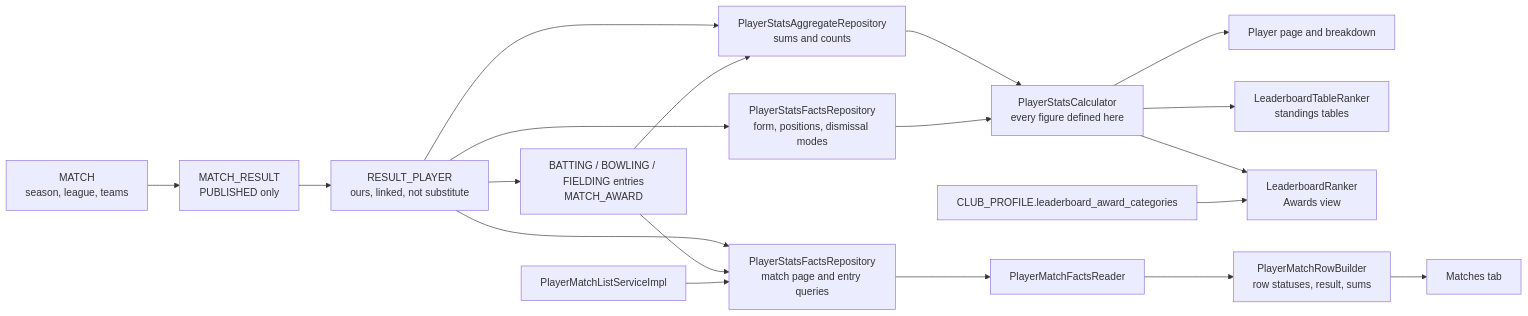
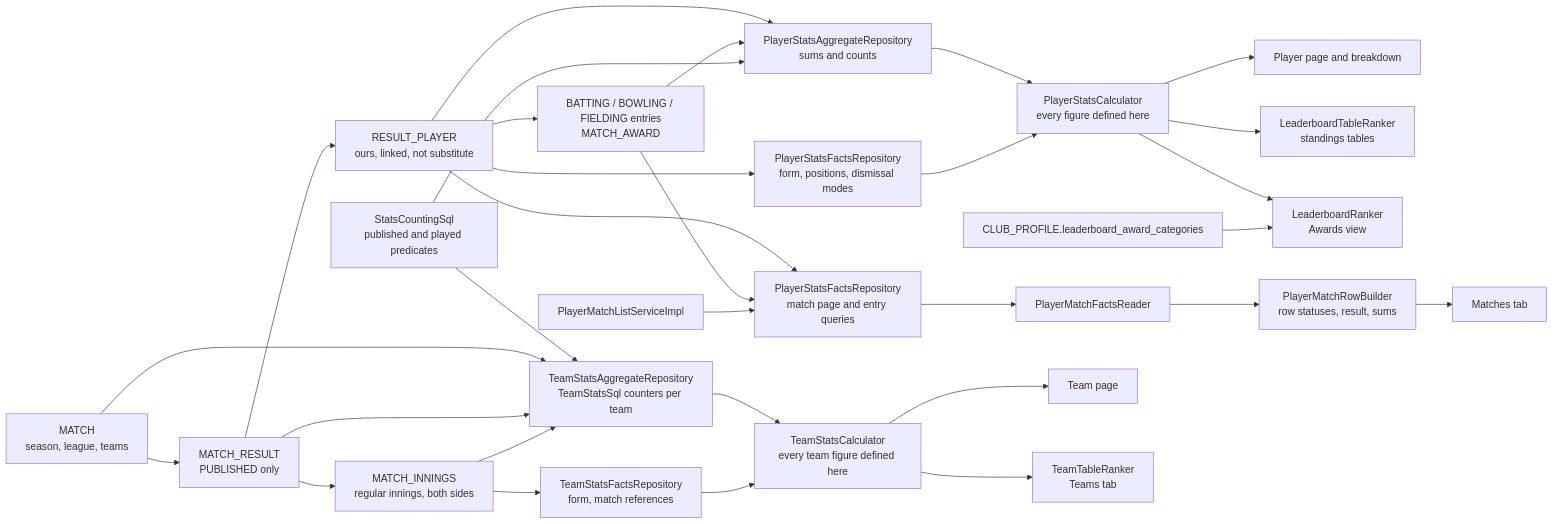
Before and after one commit to jakesvdw77/cricket-platform: the fifth of 5 diagrams in docs/architecture.md, drawn with Mermaid. The commit also changed other lines of this file and 7 other files, not shown here.

First line of the commit message:
docs: record team statistics in standards, roadmap and architecture

````diff
--- a/docs/architecture.md
+++ b/docs/architecture.md
@@ -206,21 +208,32 @@
 ```mermaid
 flowchart LR
     M["MATCH<br/>season, league, teams"] --> R
     R["MATCH_RESULT<br/>PUBLISHED only"] --> RP["RESULT_PLAYER<br/>ours, linked, not substitute"]
     RP --> E["BATTING / BOWLING / FIELDING entries<br/>MATCH_AWARD"]
     RP --> A["PlayerStatsAggregateRepository<br/>sums and counts"]
     E --> A
     RP --> F["PlayerStatsFactsRepository<br/>form, positions, dismissal modes"]
     A --> C["PlayerStatsCalculator<br/>every figure defined here"]
     F --> C
     C --> P["Player page and breakdown"]
     C --> L["LeaderboardTableRanker<br/>standings tables"]
     C --> W["LeaderboardRanker<br/>Awards view"]
     RP --> MQ["PlayerStatsFactsRepository<br/>match page and entry queries"]
     E --> MQ
     MQ --> MR["PlayerMatchFactsReader"]
     MR --> MB["PlayerMatchRowBuilder<br/>row statuses, result, sums"]
     MS["PlayerMatchListServiceImpl"] --> MQ
     MB --> ML["Matches tab"]
     CP["CLUB_PROFILE.leaderboard_award_categories"] --> W
+    SC["StatsCountingSql<br/>published and played predicates"] --> A
+    SC --> TA
+    R --> MI["MATCH_INNINGS<br/>regular innings, both sides"]
+    M --> TA["TeamStatsAggregateRepository<br/>TeamStatsSql counters per team"]
+    R --> TA
+    MI --> TA
+    MI --> TF["TeamStatsFactsRepository<br/>form, match references"]
+    TA --> TC["TeamStatsCalculator<br/>every team figure defined here"]
+    TF --> TC
+    TC --> TP["Team page"]
+    TC --> TR["TeamTableRanker<br/>Teams tab"]
 ```
````
